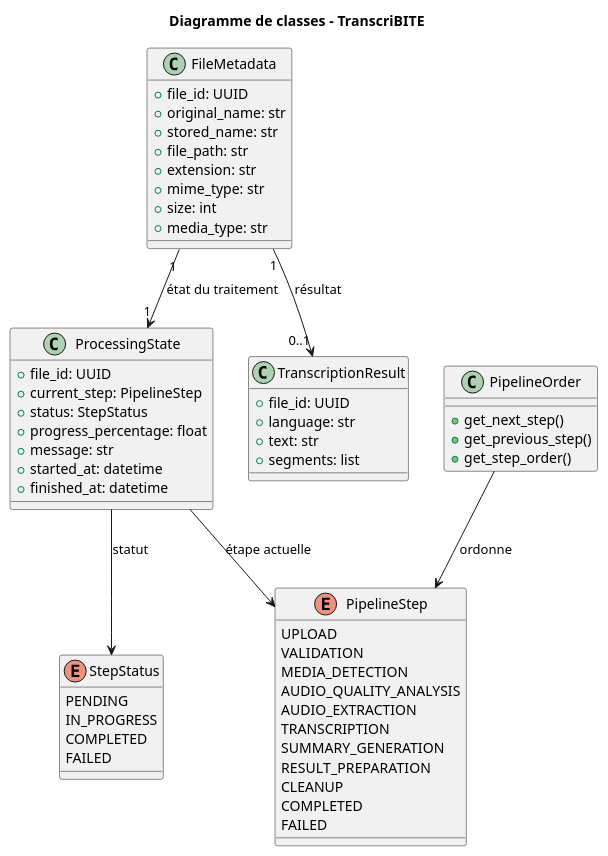
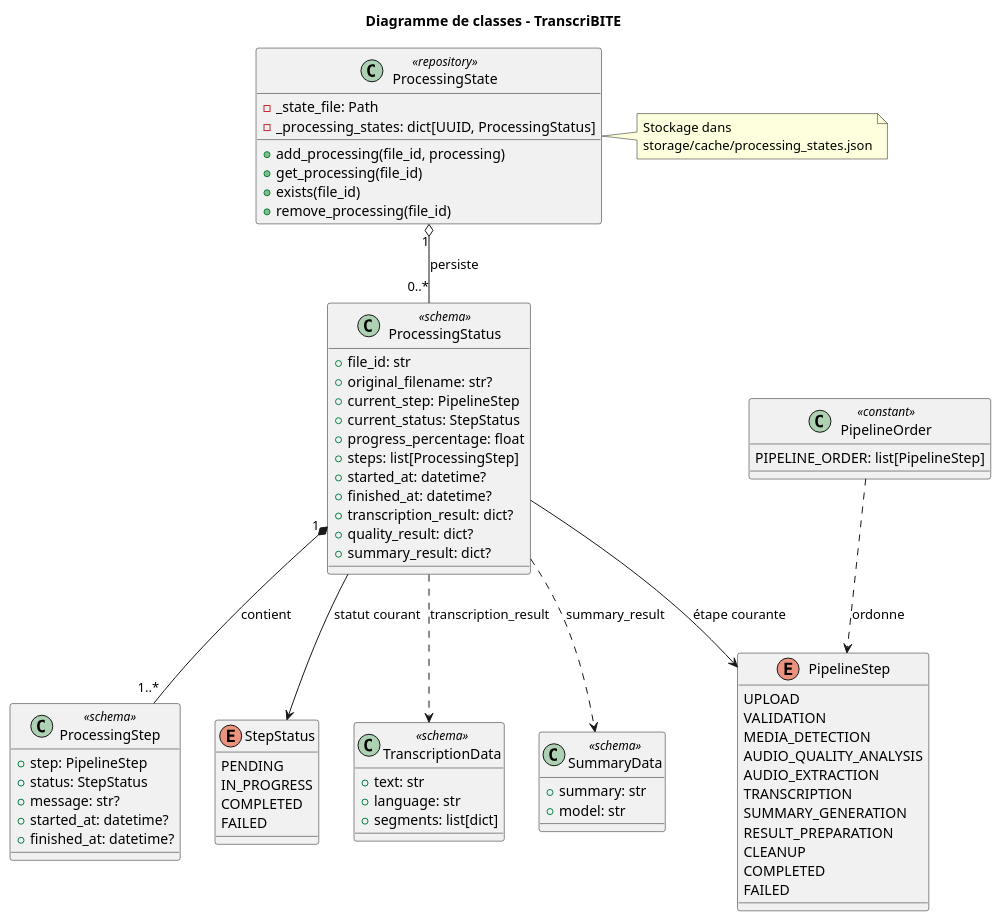
One commit to ilyas5555359/TranscriBITE changed the diagram in docs/uml/class_diagram.puml. Above: the diagram before and after it, drawn with PlantUML. The commit also changed 4 other files, not shown here.

Commit message:
docs: update UML diagrams for current platform

```diff
--- a/docs/uml/class_diagram.puml
+++ b/docs/uml/class_diagram.puml
@@ -1,67 +1,83 @@
 @startuml
 title Diagramme de classes - TranscriBITE
 
-class FileMetadata {
-    +file_id: UUID
-    +original_name: str
-    +stored_name: str
-    +file_path: str
-    +extension: str
-    +mime_type: str
-    +size: int
-    +media_type: str
+class ProcessingState <<repository>> {
+    -_state_file: Path
+    -_processing_states: dict[UUID, ProcessingStatus]
+    +add_processing(file_id, processing)
+    +get_processing(file_id)
+    +exists(file_id)
+    +remove_processing(file_id)
 }
 
-class ProcessingState {
-    +file_id: UUID
+class ProcessingStatus <<schema>> {
+    +file_id: str
+    +original_filename: str?
     +current_step: PipelineStep
-    +status: StepStatus
+    +current_status: StepStatus
     +progress_percentage: float
-    +message: str
-    +started_at: datetime
-    +finished_at: datetime
+    +steps: list[ProcessingStep]
+    +started_at: datetime?
+    +finished_at: datetime?
+    +transcription_result: dict?
+    +quality_result: dict?
+    +summary_result: dict?
 }
 
-class TranscriptionResult {
-    +file_id: UUID
+class ProcessingStep <<schema>> {
+    +step: PipelineStep
+    +status: StepStatus
+    +message: str?
+    +started_at: datetime?
+    +finished_at: datetime?
+}
+
+class TranscriptionData <<schema>> {
+    +text: str
     +language: str
-    +text: str
-    +segments: list
+    +segments: list[dict]
+}
+
+class SummaryData <<schema>> {
+    +summary: str
+    +model: str
+}
+
+class PipelineOrder <<constant>> {
+    PIPELINE_ORDER: list[PipelineStep]
 }
 
 enum PipelineStep {
     UPLOAD
     VALIDATION
     MEDIA_DETECTION
     AUDIO_QUALITY_ANALYSIS
     AUDIO_EXTRACTION
     TRANSCRIPTION
     SUMMARY_GENERATION
     RESULT_PREPARATION
     CLEANUP
     COMPLETED
     FAILED
 }
 
 enum StepStatus {
     PENDING
     IN_PROGRESS
     COMPLETED
     FAILED
 }
 
-class PipelineOrder {
-    +get_next_step()
-    +get_previous_step()
-    +get_step_order()
-}
+ProcessingState "1" o-- "0..*" ProcessingStatus : persiste
+ProcessingStatus "1" *-- "1..*" ProcessingStep : contient
+ProcessingStatus --> PipelineStep : étape courante
+ProcessingStatus --> StepStatus : statut courant
+ProcessingStatus ..> TranscriptionData : transcription_result
+ProcessingStatus ..> SummaryData : summary_result
+PipelineOrder ..> PipelineStep : ordonne
 
-FileMetadata "1" --> "1" ProcessingState : état du traitement
-ProcessingState --> PipelineStep : étape actuelle
-ProcessingState --> StepStatus : statut
-
-FileMetadata "1" --> "0..1" TranscriptionResult : résultat
-
-PipelineOrder --> PipelineStep : ordonne
-
+note right of ProcessingState
+  Stockage dans
+  storage/cache/processing_states.json
+end note
 @enduml
```
